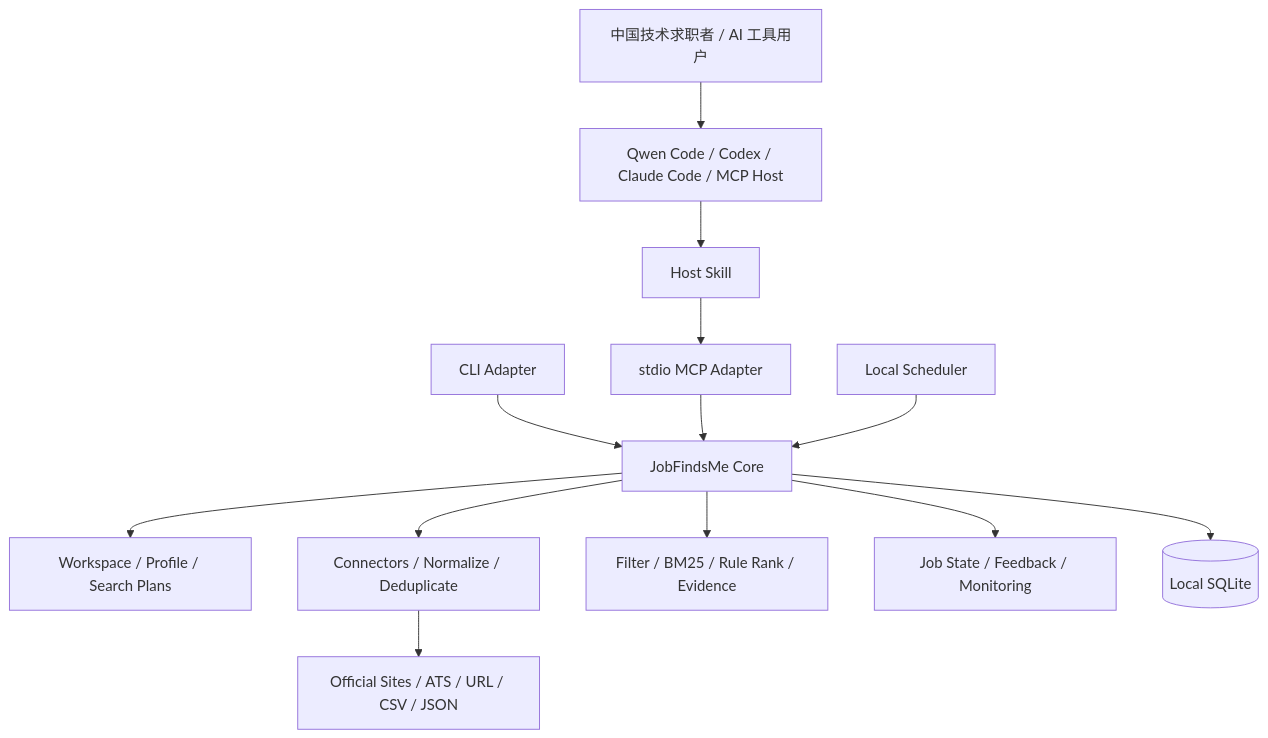
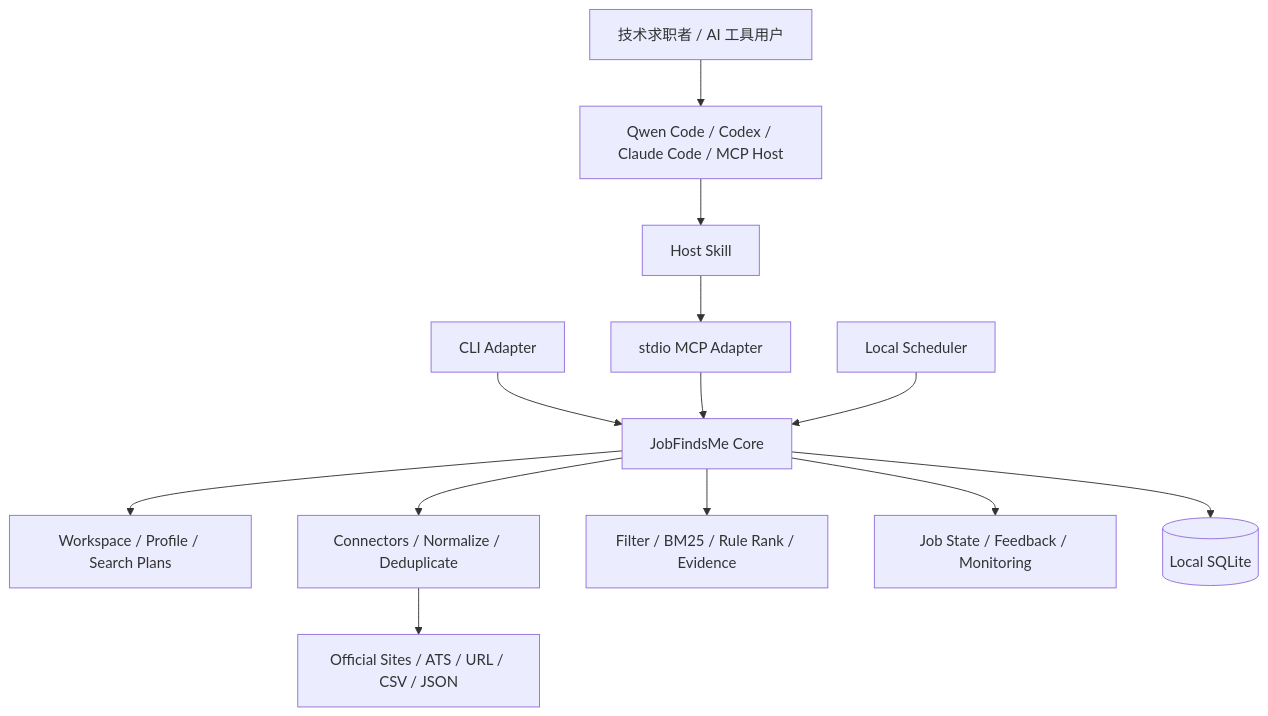
One commit to russeell/jobfindsme changed the diagram in PROJECT_SPEC.md. Above: the diagram before and after it, drawn with Mermaid. The commit also changed other lines of this file and 10 other files, not shown here.

````diff
--- a/PROJECT_SPEC.md
+++ b/PROJECT_SPEC.md
@@ -96,18 +93,18 @@
 ```mermaid
 flowchart TB
-    U["中国技术求职者 / AI 工具用户"] --> H["Qwen Code / Codex / Claude Code / MCP Host"]
+    U["技术求职者 / AI 工具用户"] --> H["Qwen Code / Codex / Claude Code / MCP Host"]
     H --> S["Host Skill"]
     S --> MCP["stdio MCP Adapter"]
 
     CLI["CLI Adapter"] --> CORE["JobFindsMe Core"]
     MCP --> CORE
     SCHED["Local Scheduler"] --> CORE
 
     CORE --> PROFILE["Workspace / Profile / Search Plans"]
     CORE --> DISCOVERY["Connectors / Normalize / Deduplicate"]
     CORE --> MATCH["Filter / BM25 / Rule Rank / Evidence"]
     CORE --> STATE["Job State / Feedback / Monitoring"]
     CORE --> DB[("Local SQLite")]
 
     DISCOVERY --> SOURCES["Official Sites / ATS / URL / CSV / JSON"]
 ```
````
